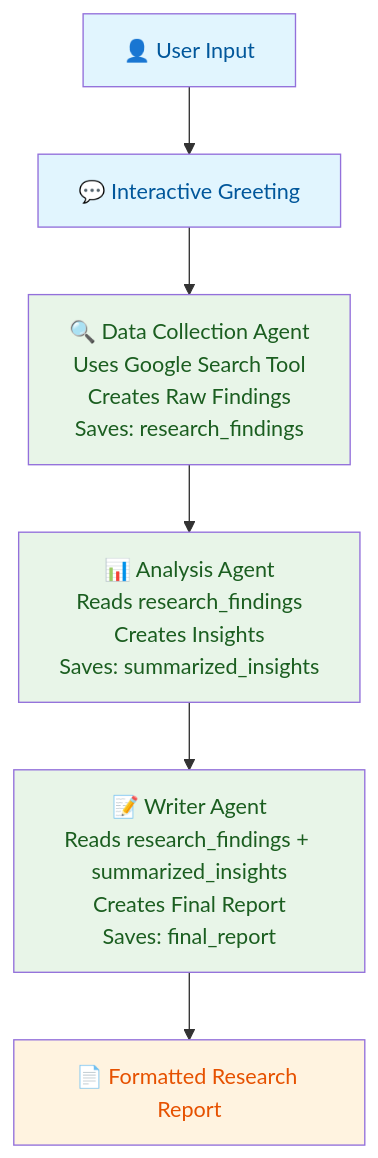
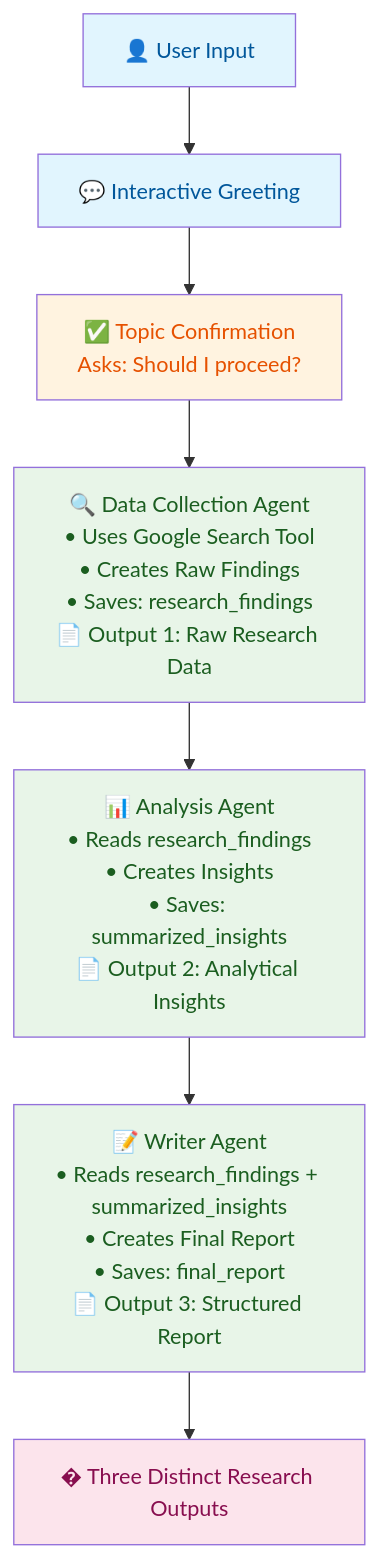
One commit to Timonwa/ai-research-assistant changed the diagram in README.md. Above: the diagram before and after it, drawn with Mermaid.

Commit message:
feat: enhance workflow diagram with topic confirmation and distinct output descriptions for clarity

````diff
--- a/README.md
+++ b/README.md
@@ -37,23 +37,28 @@
 ```mermaid
 graph TB
     %% User Interaction
     User[👤 User Input] --> Greeting[💬 Interactive Greeting]
 
-    %% Sequential Agent Workflow
-    Greeting --> DataAgent[🔍 Data Collection Agent<br/>Uses Google Search Tool<br/>Creates Raw Findings<br/>Saves: research_findings]
+    %% Topic Confirmation
+    Greeting --> Confirm[✅ Topic Confirmation<br/>Asks: Should I proceed?]
 
-    DataAgent --> AnalysisAgent[📊 Analysis Agent<br/>Reads research_findings<br/>Creates Insights<br/>Saves: summarized_insights]
+    %% Sequential Agent Workflow - 3 Distinct Outputs
+    Confirm --> DataAgent[🔍 Data Collection Agent<br/>• Uses Google Search Tool<br/>• Creates Raw Findings<br/>• Saves: research_findings<br/>📄 Output 1: Raw Research Data]
 
-    AnalysisAgent --> WriterAgent[📝 Writer Agent<br/>Reads research_findings + summarized_insights<br/>Creates Final Report<br/>Saves: final_report]
+    DataAgent --> AnalysisAgent[📊 Analysis Agent<br/>• Reads research_findings<br/>• Creates Insights<br/>• Saves: summarized_insights<br/>📄 Output 2: Analytical Insights]
 
-    WriterAgent --> Output[📄 Formatted Research Report]
+    AnalysisAgent --> WriterAgent[📝 Writer Agent<br/>• Reads research_findings + summarized_insights<br/>• Creates Final Report<br/>• Saves: final_report<br/>📄 Output 3: Structured Report]
+
+    WriterAgent --> Output[� Three Distinct Research Outputs]
 
     %% Styling
     classDef userLayer fill:#e1f5fe,color:#01579b
+    classDef confirmLayer fill:#fff3e0,color:#e65100
     classDef agentLayer fill:#e8f5e8,color:#1b5e20
-    classDef outputLayer fill:#fff3e0,color:#e65100
+    classDef outputLayer fill:#fce4ec,color:#880e4f
 
     class User,Greeting userLayer
+    class Confirm confirmLayer
     class DataAgent,AnalysisAgent,WriterAgent agentLayer
     class Output outputLayer
 ```
````
